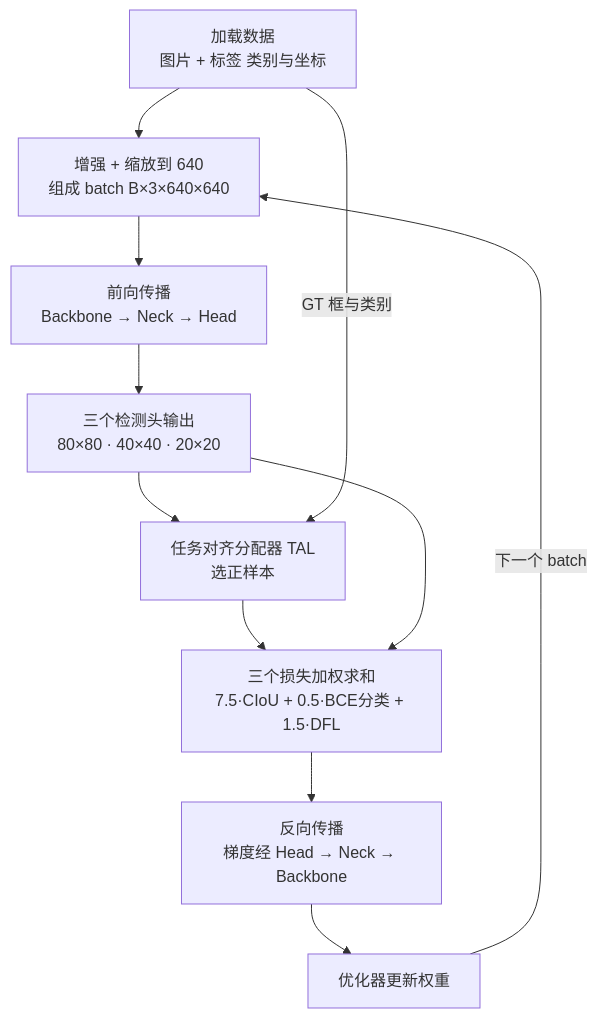
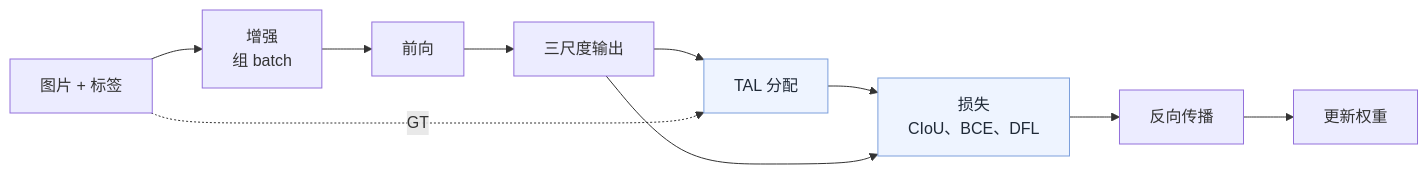
The diagram in 00_Practice_UAV_Aerial_Detection/Learning_Notes/assets/01_YOLO_Research_Core/01_yolo_train.mmd (cheerhin-yi/Doctoral-Research-Outline), drawn with Mermaid before and after one commit. The commit also changed 35 other files, not shown here.

```diff
--- a/00_Practice_UAV_Aerial_Detection/Learning_Notes/assets/01_YOLO_Research_Core/01_yolo_train.mmd
+++ b/00_Practice_UAV_Aerial_Detection/Learning_Notes/assets/01_YOLO_Research_Core/01_yolo_train.mmd
@@ -1,11 +1,12 @@
-flowchart TD
-    DS["加载数据<br/>图片 + 标签 类别与坐标"] --> AUG["增强 + 缩放到 640<br/>组成 batch B×3×640×640"]
-    AUG --> FW["前向传播<br/>Backbone → Neck → Head"]
-    FW --> RAW["三个检测头输出<br/>80×80 · 40×40 · 20×20"]
-    RAW --> TAL["任务对齐分配器 TAL<br/>选正样本"]
-    DS -->|"GT 框与类别"| TAL
-    TAL --> LS["三个损失加权求和<br/>7.5·CIoU + 0.5·BCE分类 + 1.5·DFL"]
-    RAW --> LS
-    LS --> BW["反向传播<br/>梯度经 Head → Neck → Backbone"]
-    BW --> OP["优化器更新权重"]
-    OP -->|"下一个 batch"| AUG
+flowchart LR
+    D["图片 + 标签"] --> A["增强<br/>组 batch"]
+    A --> F["前向"]
+    F --> O["三尺度输出"]
+    O --> T["TAL 分配"]
+    D -.->|"GT"| T
+    T --> L["损失<br/>CIoU、BCE、DFL"]
+    O --> L
+    L --> B["反向传播"]
+    B --> U["更新权重"]
+    classDef acc fill:#eef4ff,stroke:#7c9fdc,color:#1f2937
+    class T,L acc
```
